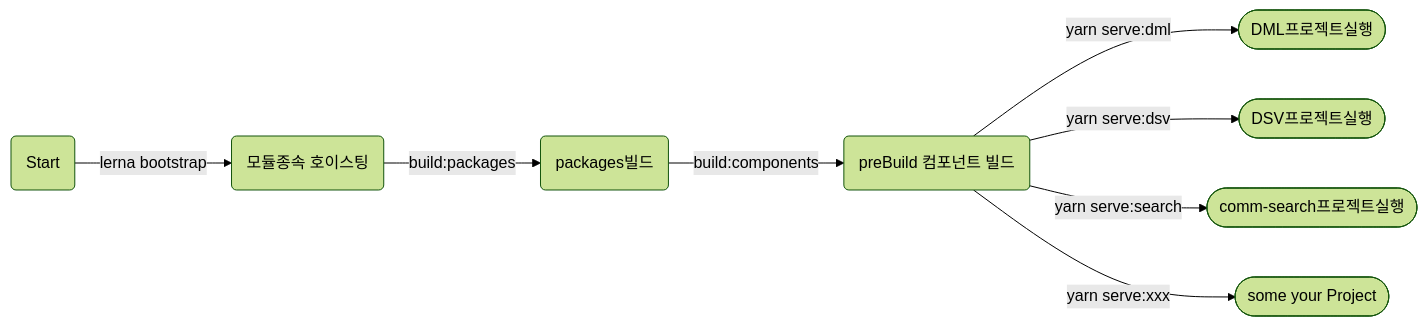
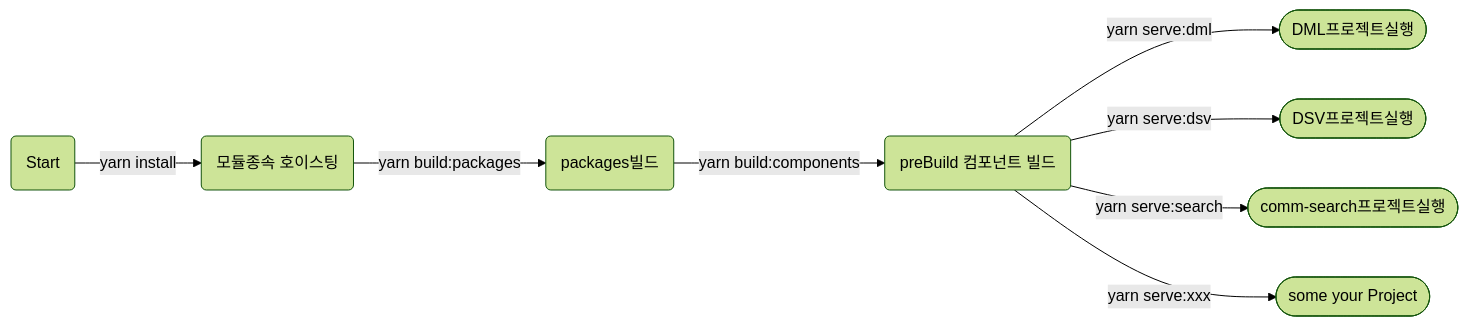
The first of 2 diagrams in README.md (Shin-Beomchul/mono), drawn with Mermaid (forest theme) before and after one commit. The commit also changed other lines of this file, not shown here.

````diff
--- a/README.md
+++ b/README.md
@@ -26,8 +26,8 @@
 ```mermaid
 graph LR
-A(Start) --lerna bootstrap --> B(모듈종속 호이스팅) --build:packages--> C(packages빌드)--build:components--> CC(preBuild 컴포넌트 빌드)
+A(Start) --yarn install --> B(모듈종속 호이스팅) --yarn build:packages--> C(packages빌드)--yarn build:components--> CC(preBuild 컴포넌트 빌드)
 CC--yarn serve:dml -->D([DML프로젝트실행])
 CC--yarn serve:dsv-->E([DSV프로젝트실행])
 CC--yarn serve:search -->F([comm-search프로젝트실행])
 CC--yarn serve:xxx -->G([some your Project])
 ```
````
